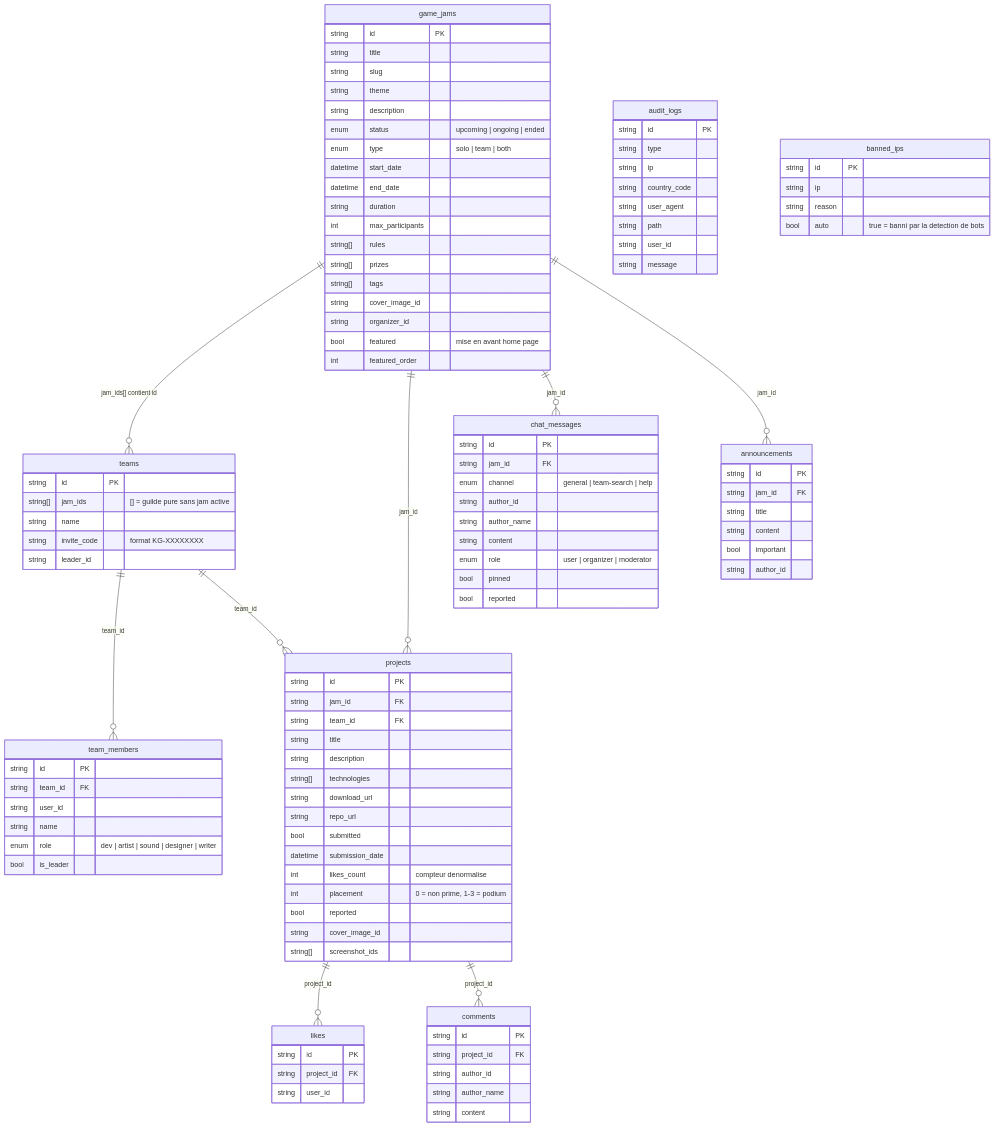
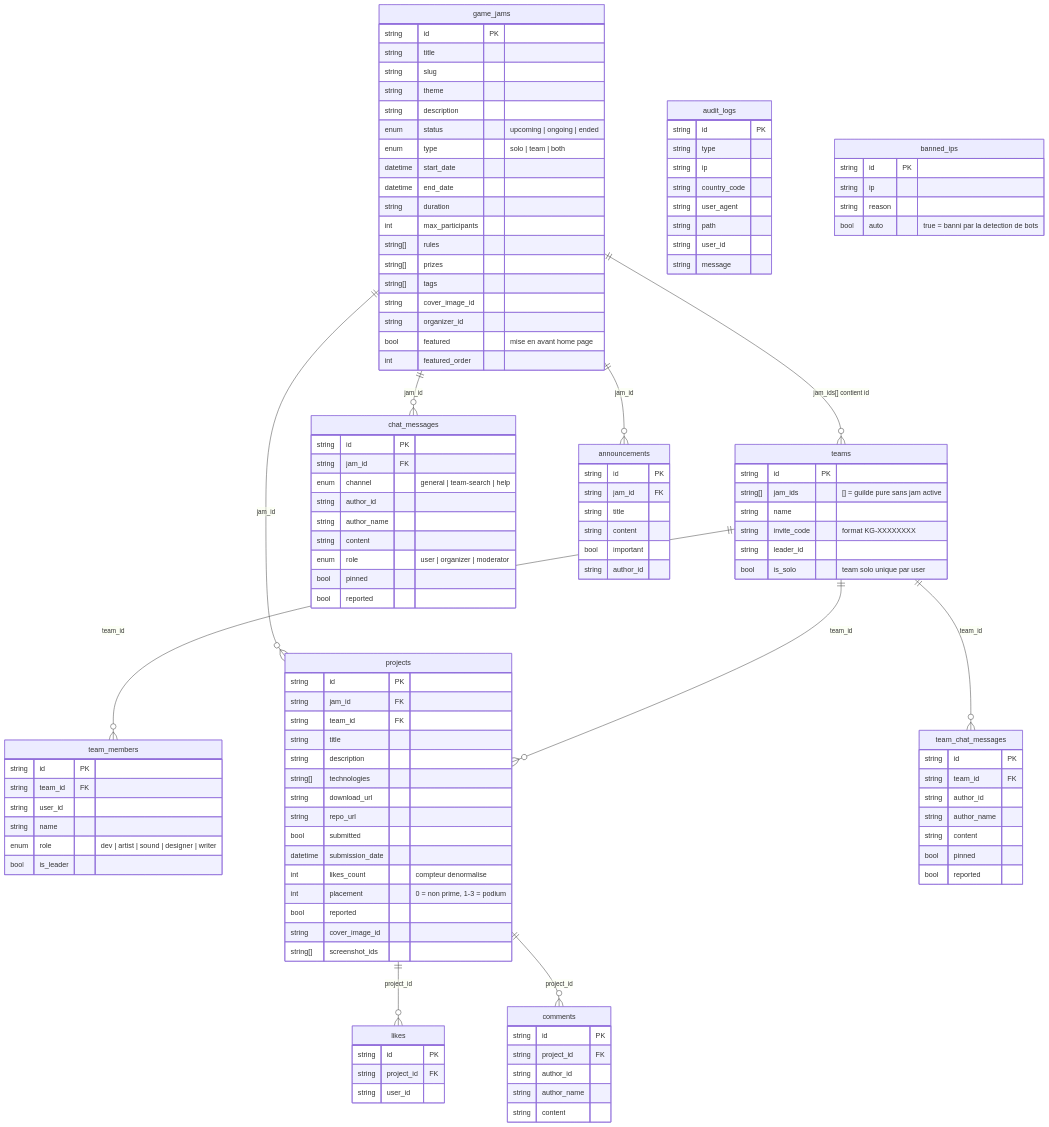
One commit to Setsuko34/KonfiturGameFullInfra changed the diagram in docs/DATABASE.md. Above: the diagram before and after it, drawn with Mermaid. The commit also changed other lines of this file and 8 other files, not shown here.

````diff
--- a/docs/DATABASE.md
+++ b/docs/DATABASE.md
@@ -36,6 +36,7 @@
         string name
         string invite_code "format KG-XXXXXXXX"
         string leader_id
+        bool is_solo "team solo unique par user"
     }
 
     team_members {
@@ -73,6 +74,16 @@
         string author_name
         string content
         enum role "user | organizer | moderator"
+        bool pinned
+        bool reported
+    }
+
+    team_chat_messages {
+        string id PK
+        string team_id FK
+        string author_id
+        string author_name
+        string content
         bool pinned
         bool reported
     }
@@ -124,6 +135,7 @@
     game_jams ||--o{ announcements : "jam_id"
     teams ||--o{ team_members : "team_id"
     teams ||--o{ projects : "team_id"
+    teams ||--o{ team_chat_messages : "team_id"
     projects ||--o{ likes : "project_id"
     projects ||--o{ comments : "project_id"
 ```
````
